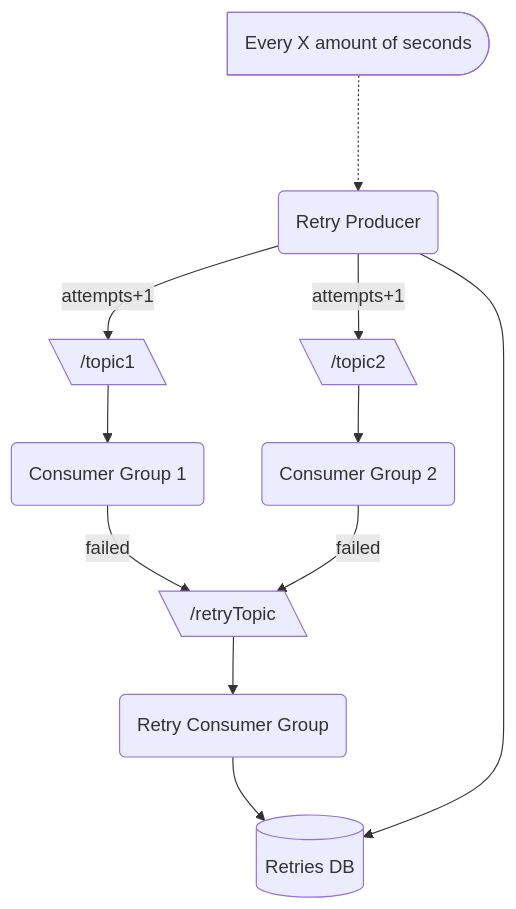
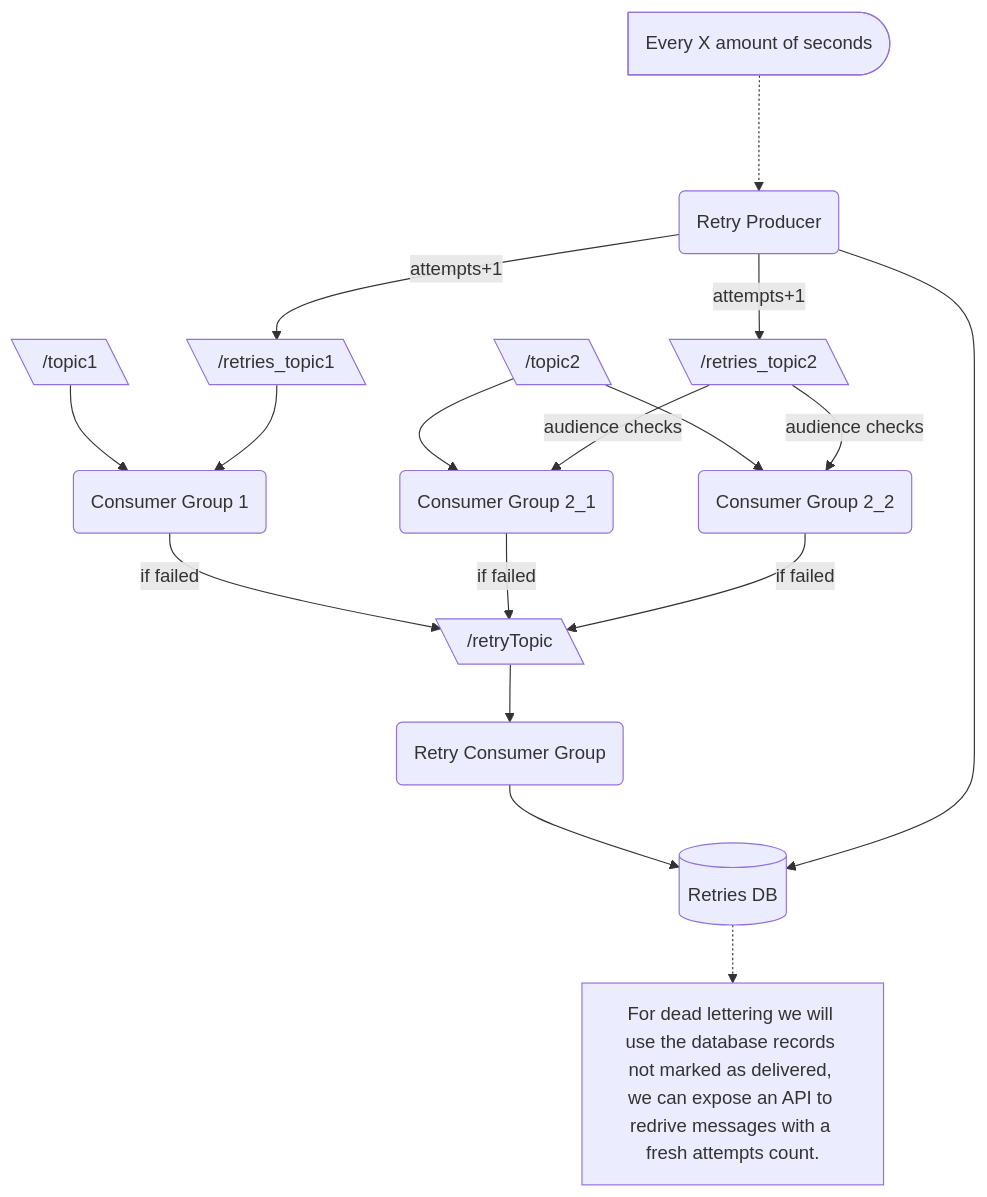
One commit to cesarFuhr/kafka-go-demo changed the diagram in message_flow.mmd. Above: the diagram before and after it, drawn with Mermaid. The commit also changed 5 other files, not shown here.

```diff
--- a/message_flow.mmd
+++ b/message_flow.mmd
@@ -1,19 +1,28 @@
 flowchart TD
 %% Nodes
     topic1("/topic1")@{shape: lean-l}
+    retriesTopic1("/retries_topic1")@{shape: lean-l}
     consumer1("Consumer Group 1")
     topic2("/topic2")@{shape: lean-l}
-    consumer2("Consumer Group 2")
+    retriesTopic2("/retries_topic2")@{shape: lean-l}
+    consumer2_1("Consumer Group 2_1")
+    consumer2_2("Consumer Group 2_2")
     retryTopic("/retryTopic")@{shape: lean-l}
     retryConsumerGroup("Retry Consumer Group")
     retriesDatabase(Retries DB)@{shape: database}
     cron(Every X amount of seconds)@{shape: delay}
     retryProducer("Retry Producer")
+    deadletterNote["For dead lettering we will use the database records not marked as delivered, we can expose an API to redrive messages with a fresh attempts count."]
 
 %% Edge connections between nodes
-    topic1 --> consumer1 -->|failed| retryTopic
-    topic2 --> consumer2 -->|failed| retryTopic
+    topic1 --> consumer1 -->|if failed| retryTopic
+    topic2 --> consumer2_1 -->|if failed| retryTopic
+    topic2 --> consumer2_2 -->|if failed| retryTopic
     retryTopic --> retryConsumerGroup --> retriesDatabase
     cron -..-> retryProducer --> retriesDatabase
-    retryProducer --> |attempts+1|topic1
-    retryProducer --> |attempts+1|topic2
+    retryProducer --> |attempts+1|retriesTopic1
+    retryProducer --> |attempts+1|retriesTopic2
+    retriesTopic1 --> consumer1
+    retriesTopic2 -->|audience checks| consumer2_1
+    retriesTopic2 -->|audience checks| consumer2_2
+    retriesDatabase -.-> deadletterNote
```
